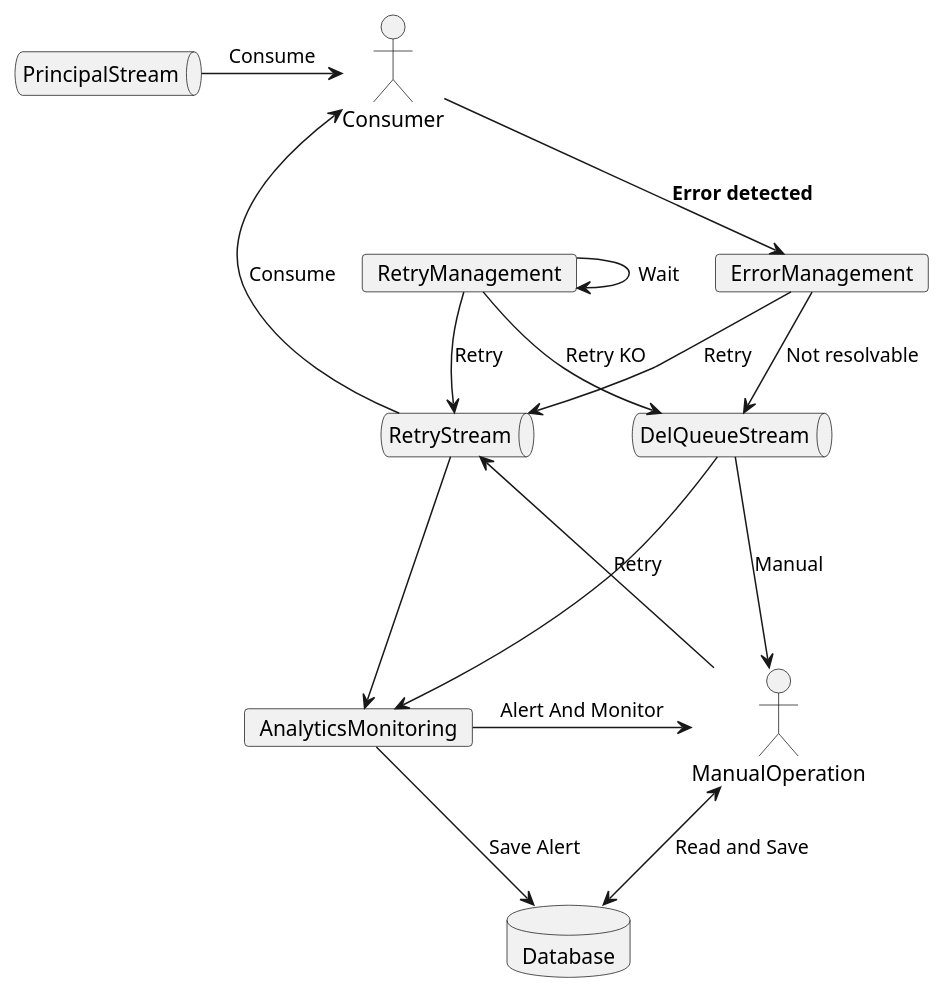
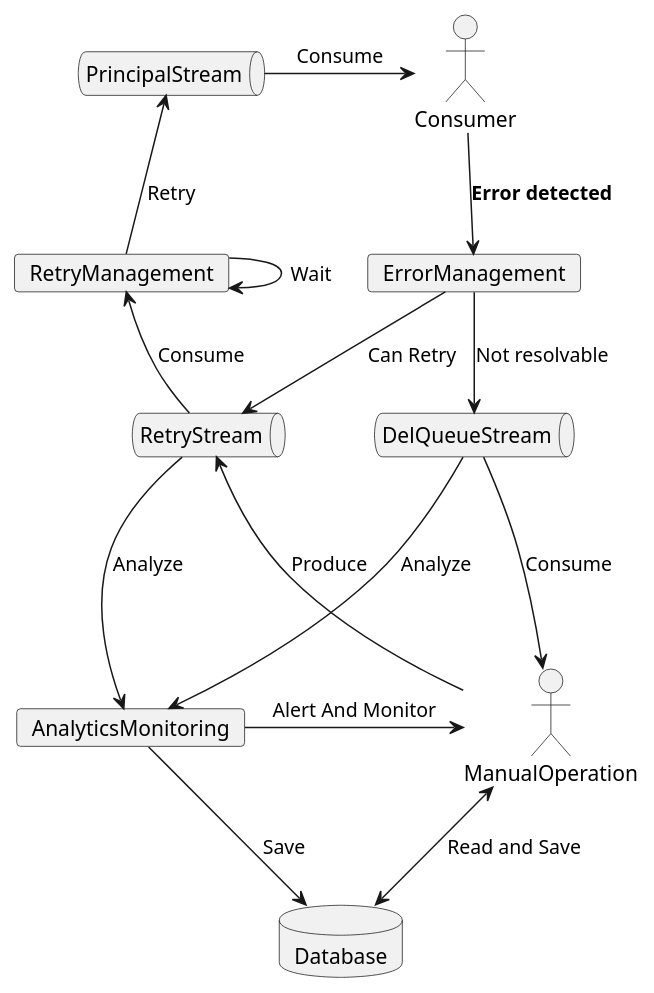
Before and after one commit to buidiaconseil/ErrorManagementPattern: the diagram in errorFlow.wsd, drawn with PlantUML.

Commit message:
Change flow

```diff
--- a/errorFlow.wsd
+++ b/errorFlow.wsd
@@ -1,28 +1,28 @@
 @startuml
 queue PrincipalStream
 card ErrorManagement
 queue RetryStream
 card RetryManagement
 card AnalyticsMonitoring
 
 actor ManualOperation
 actor Consumer
 queue DelQueueStream
 database Database
 Consumer --> ErrorManagement : **Error detected**
-ErrorManagement --> RetryStream : Retry
-RetryManagement --> RetryStream : Retry
+ErrorManagement --> RetryStream : Can Retry
+
+RetryManagement <-- RetryStream : Consume
 RetryManagement --> RetryManagement : Wait
-RetryManagement --> DelQueueStream : Retry KO
+PrincipalStream <-- RetryManagement : Retry
 
 ErrorManagement --> DelQueueStream : Not resolvable
-DelQueueStream -> ManualOperation : Manual 
+DelQueueStream --> ManualOperation : Consume 
 ManualOperation <--> Database : Read and Save
-ManualOperation -> RetryStream : Retry
+ManualOperation -> RetryStream : Produce
 Consumer <-l- PrincipalStream : Consume
-Consumer <- RetryStream  : Consume
-RetryStream ---> AnalyticsMonitoring 
-DelQueueStream --->AnalyticsMonitoring 
+RetryStream ---> AnalyticsMonitoring : Analyze
+DelQueueStream --->AnalyticsMonitoring : Analyze
 AnalyticsMonitoring->ManualOperation : Alert And Monitor
-AnalyticsMonitoring -> Database  : Save Alert
+AnalyticsMonitoring -> Database  : Save 
 @enduml
```
